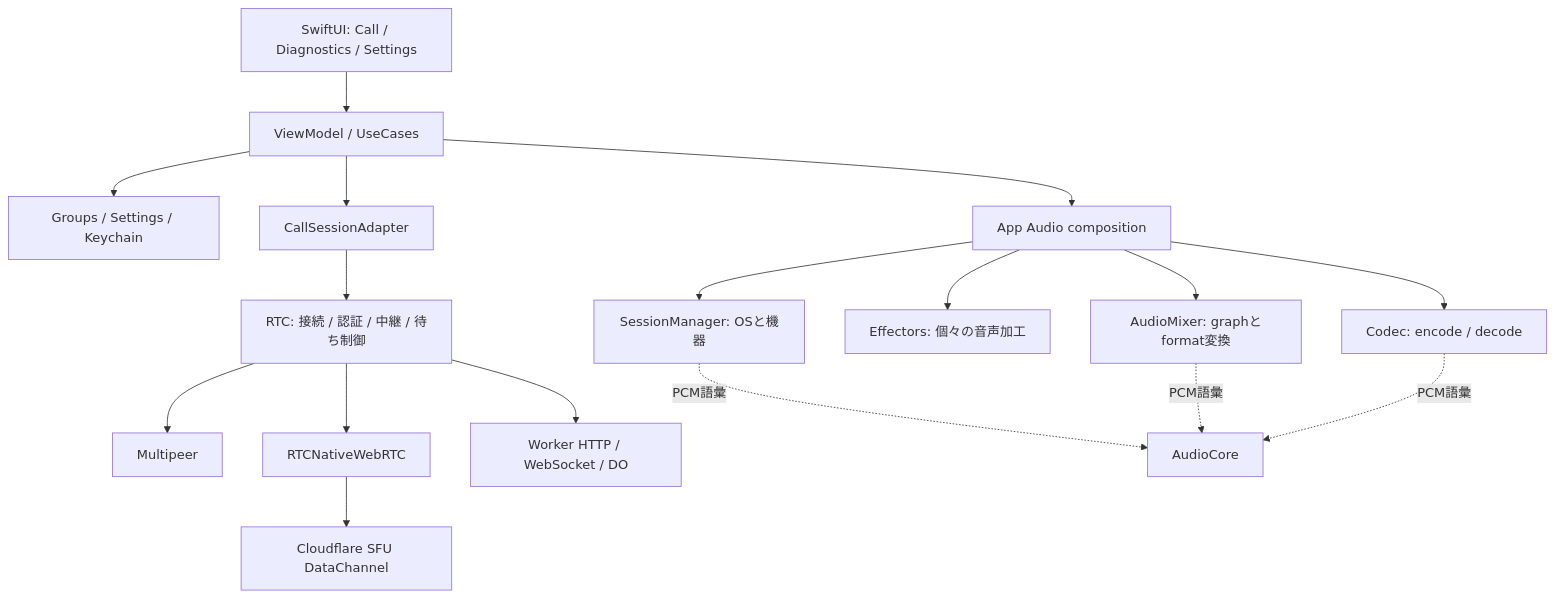
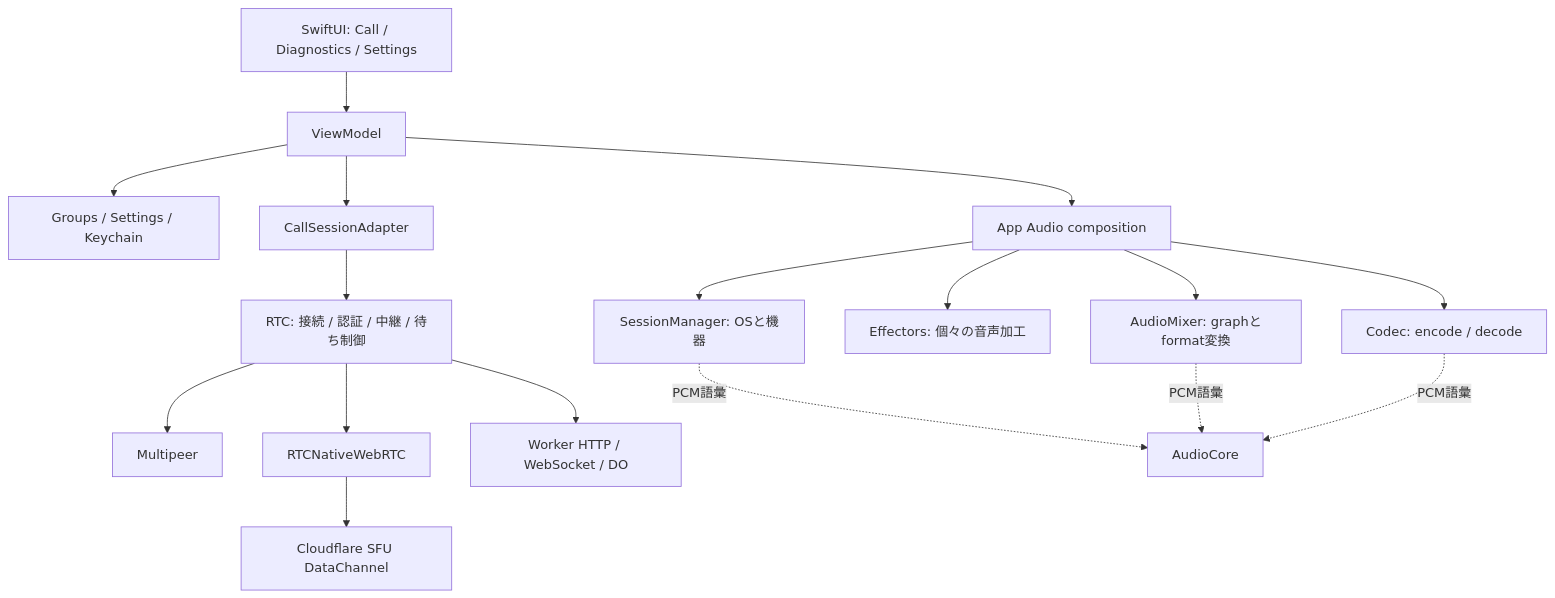
Before and after one commit to eroccowaruico/RideIntercom: the first of 2 diagrams in docs/spec/アーキテクチャ.md, drawn with Mermaid. The commit also changed other lines of this file and 17 other files, not shown here.

First line of the commit message:
refactor(app): remove unused flows and isolate test fixtures

````diff
--- a/docs/spec/アーキテクチャ.md
+++ b/docs/spec/アーキテクチャ.md
@@ -21,19 +21,19 @@
 ```mermaid
 flowchart TD
-    UI[SwiftUI: Call / Diagnostics / Settings] --> VM[ViewModel / UseCases]
+    UI[SwiftUI: Call / Diagnostics / Settings] --> VM[ViewModel]
     VM --> State[Groups / Settings / Keychain]
     VM --> Audio[App Audio composition]
     VM --> Transport[CallSessionAdapter]
     Audio --> Session[SessionManager: OSと機器]
     Audio --> Mixer[AudioMixer: graphとformat変換]
     Audio --> FX[Effectors: 個々の音声加工]
     Audio --> Codec[Codec: encode / decode]
     Transport --> RTC[RTC: 接続 / 認証 / 中継 / 待ち制御]
     RTC --> Local[Multipeer]
     RTC --> Native[RTCNativeWebRTC]
     Native --> SFU[Cloudflare SFU DataChannel]
     RTC --> Worker[Worker HTTP / WebSocket / DO]
     Session -. PCM語彙 .-> Core[AudioCore]
     Mixer -. PCM語彙 .-> Core
     Codec -. PCM語彙 .-> Core
 ```
````
